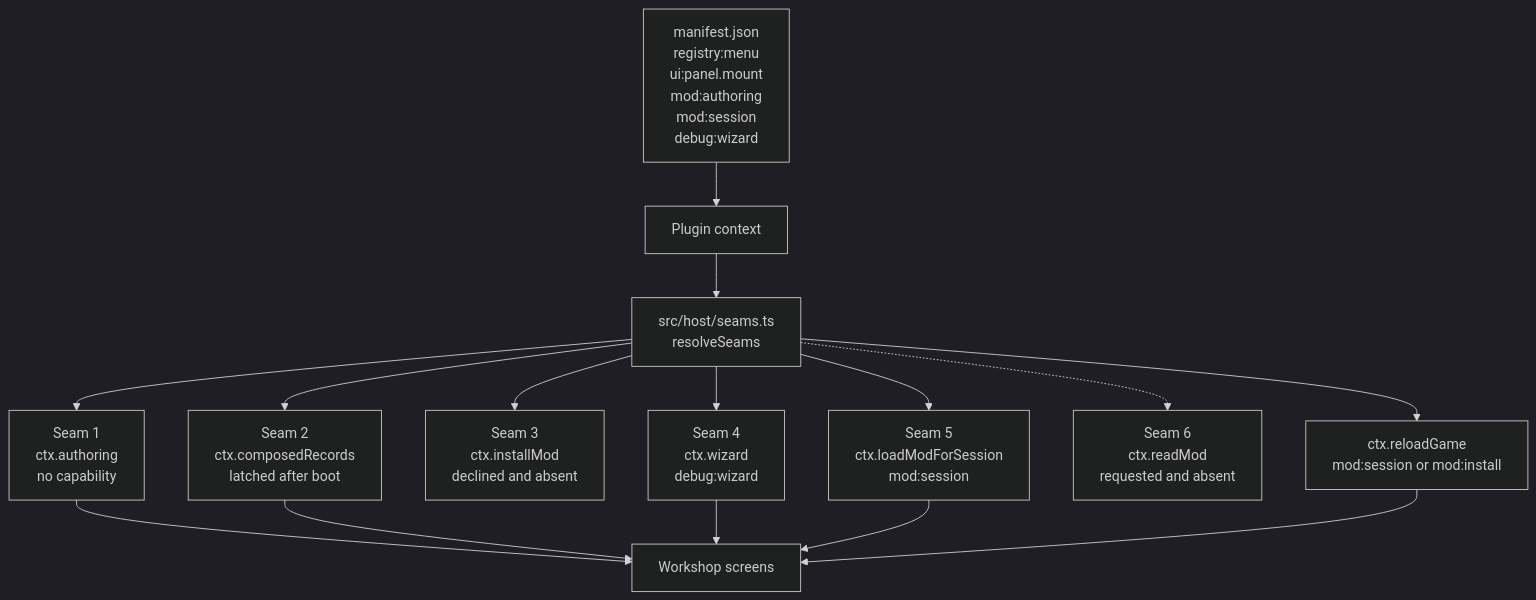
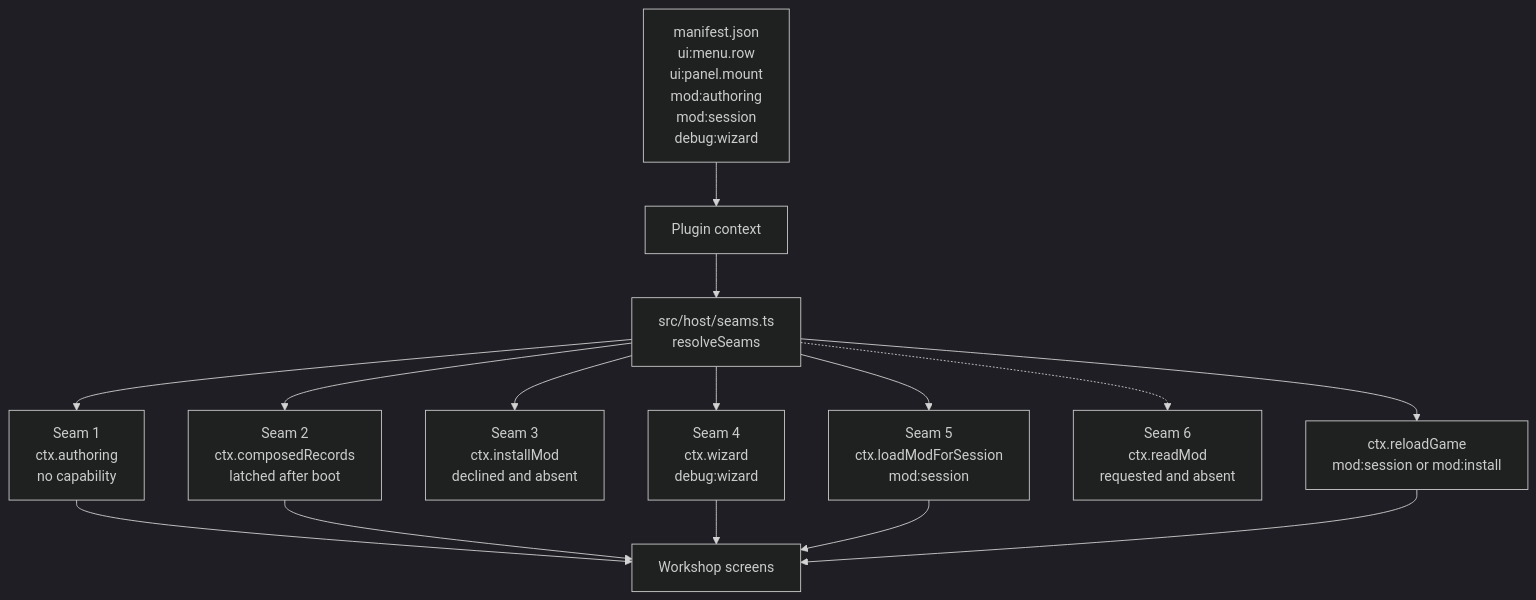
Before and after one commit to neostryder/neo-angband-mod-forge: the diagram in docs/ENGINE_SEAMS.md, drawn with Mermaid (dark theme). The commit also changed other lines of this file and 8 other files, not shown here.

First line of the commit message:
Move the game's Close button to the bottom right and ask only for a menu row

````diff
--- a/docs/ENGINE_SEAMS.md
+++ b/docs/ENGINE_SEAMS.md
@@ -3,17 +3,17 @@
 ```mermaid
 flowchart TD
   C["Plugin context"] --> S["src/host/seams.ts<br/>resolveSeams"]
   S --> A["Seam 1<br/>ctx.authoring<br/>no capability"]
   S --> R["Seam 2<br/>ctx.composedRecords<br/>latched after boot"]
   S --> I["Seam 3<br/>ctx.installMod<br/>declined and absent"]
   S --> W["Seam 4<br/>ctx.wizard<br/>debug:wizard"]
   S --> L["Seam 5<br/>ctx.loadModForSession<br/>mod:session"]
   S -.-> READ["Seam 6<br/>ctx.readMod<br/>requested and absent"]
   S --> RELOAD["ctx.reloadGame<br/>mod:session or mod:install"]
   A --> UI["Workshop screens"]
   R --> UI
   W --> UI
   L --> UI
   RELOAD --> UI
-  MAN["manifest.json<br/>registry:menu<br/>ui:panel.mount<br/>mod:authoring<br/>mod:session<br/>debug:wizard"] --> C
+  MAN["manifest.json<br/>ui:menu.row<br/>ui:panel.mount<br/>mod:authoring<br/>mod:session<br/>debug:wizard"] --> C
 ```
````
